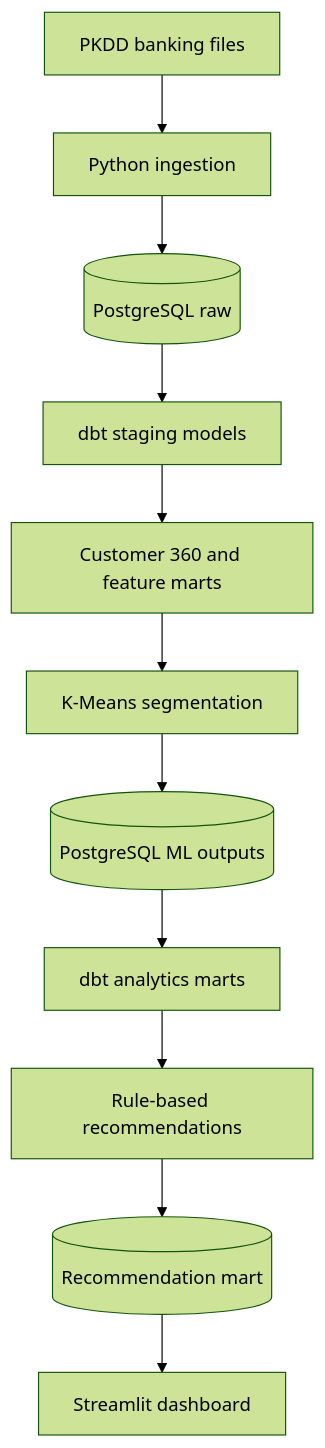
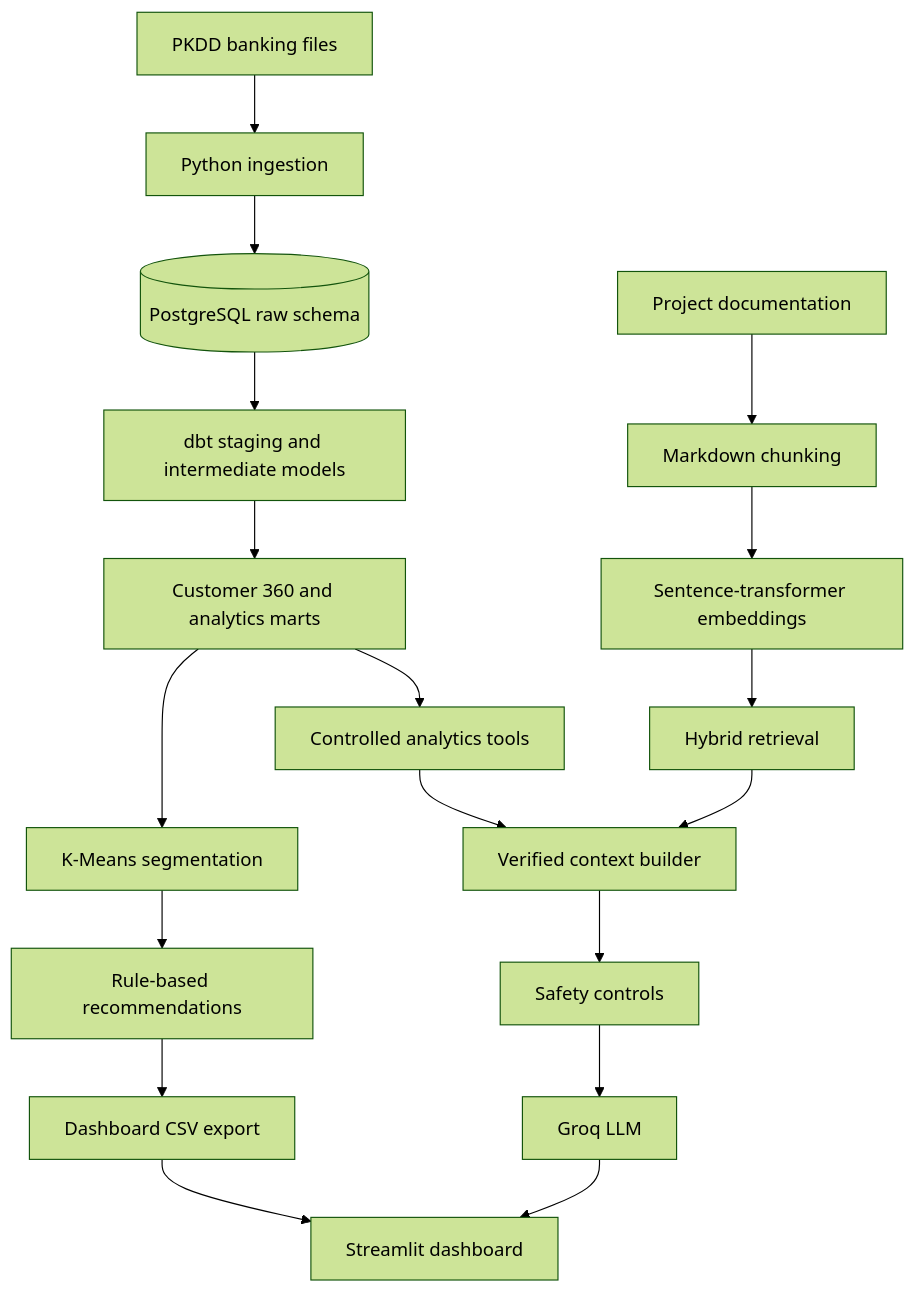
Before and after one commit to harshadajadhav25/banking-customer-segmentation: the diagram in README.md, drawn with Mermaid (forest theme). The commit also changed other lines of this file, not shown here.

````diff
--- a/README.md
+++ b/README.md
@@ -37,13 +48,21 @@
 ```mermaid
 flowchart TD
     A["PKDD banking files"] --> B["Python ingestion"]
-    B --> C[("PostgreSQL raw")]
-    C --> D["dbt staging models"]
-    D --> E["Customer 360 and feature marts"]
+    B --> C[("PostgreSQL raw schema")]
+    C --> D["dbt staging and intermediate models"]
+    D --> E["Customer 360 and analytics marts"]
     E --> F["K-Means segmentation"]
-    F --> G[("PostgreSQL ML outputs")]
-    G --> H["dbt analytics marts"]
-    H --> I["Rule-based recommendations"]
-    I --> J[("Recommendation mart")]
-    J --> K["Streamlit dashboard"]
+    F --> G["Rule-based recommendations"]
+    G --> H["Dashboard CSV export"]
+    H --> I["Streamlit dashboard"]
+
+    J["Project documentation"] --> K["Markdown chunking"]
+    K --> L["Sentence-transformer embeddings"]
+    L --> M["Hybrid retrieval"]
+    E --> N["Controlled analytics tools"]
+    M --> O["Verified context builder"]
+    N --> O
+    O --> P["Safety controls"]
+    P --> Q["Groq LLM"]
+    Q --> I
 ```
````
